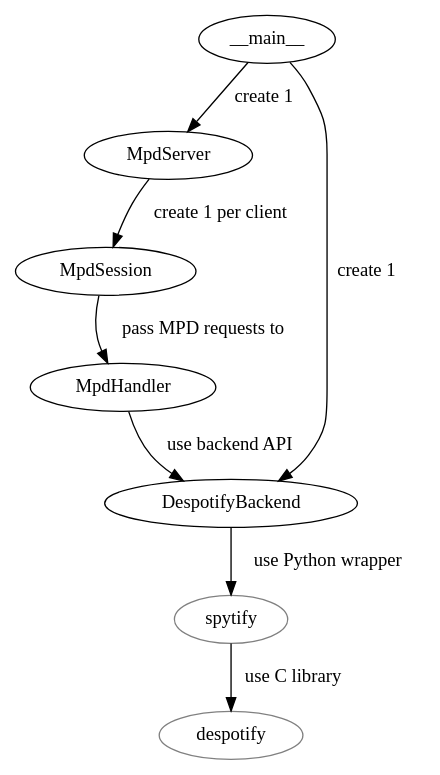
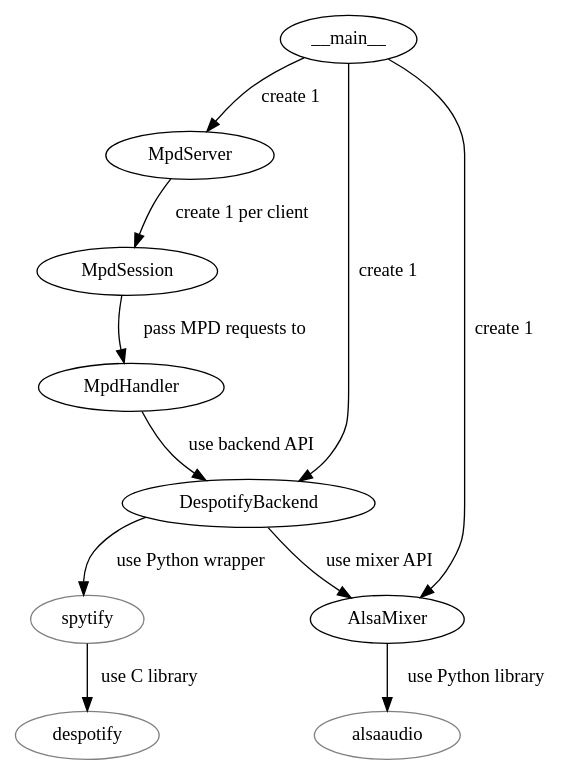
Before and after one commit to mopidy/mopidy: the diagram in docs/development.rst, drawn with Graphviz. The commit also changed other lines of this file, not shown here.

Commit message:
docs: Include mixers in the class instantiation and usage diagram

```diff
--- a/docs/development.rst
+++ b/docs/development.rst
@@ -140,11 +141,15 @@
 .. digraph:: class_instantiation_and_usage
 
     "spytify" [ color="gray" ]
     "despotify" [ color="gray" ]
+    "alsaaudio" [ color="gray" ]
     "__main__" -> "MpdServer" [ label="create 1" ]
+    "__main__" -> "AlsaMixer" [ label="create 1" ]
     "__main__" -> "DespotifyBackend" [ label="create 1" ]
     "MpdServer" -> "MpdSession" [ label="create 1 per client" ]
     "MpdSession" -> "MpdHandler" [ label="pass MPD requests to" ]
     "MpdHandler" -> "DespotifyBackend" [ label="use backend API" ]
     "DespotifyBackend" -> "spytify" [ label="use Python wrapper" ]
     "spytify" -> "despotify" [ label="use C library" ]
+    "DespotifyBackend" -> "AlsaMixer" [ label="use mixer API" ]
+    "AlsaMixer" -> "alsaaudio" [ label="use Python library" ]
```
